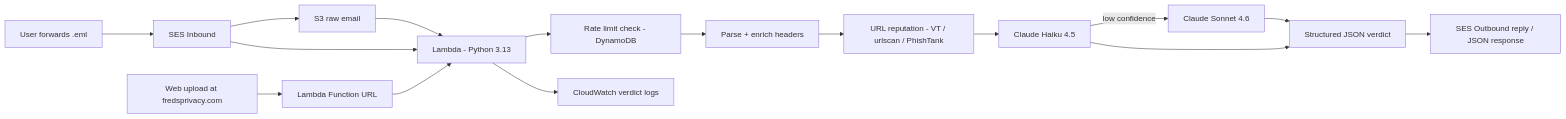
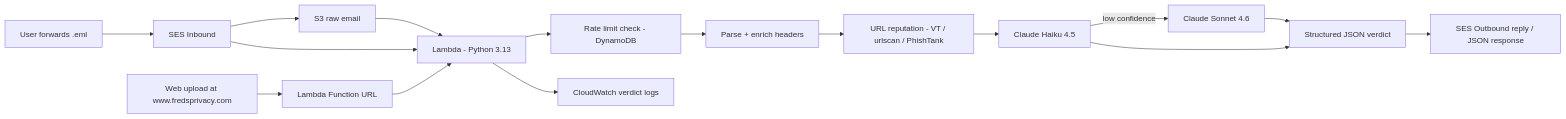
Before and after one commit to fredpord3/phish-analyzer: the diagram in README.md, drawn with Mermaid. The commit also changed other lines of this file, not shown here.

First line of the commit message:
Revise README for URL updates and retention policies

````diff
--- a/README.md
+++ b/README.md
@@ -9,18 +11,18 @@
 ```mermaid
 flowchart LR
     A[User forwards .eml] --> B[SES Inbound]
-    W[Web upload at fredsprivacy.com] --> U[Lambda Function URL]
+    W[Web upload at www.fredsprivacy.com] --> U[Lambda Function URL]
     B --> C[S3 raw email]
     B --> D[Lambda - Python 3.13]
     U --> D
     C --> D
     D --> R[Rate limit check - DynamoDB]
     R --> E[Parse + enrich headers]
     E --> T[URL reputation - VT / urlscan / PhishTank]
     T --> F[Claude Haiku 4.5]
     F -->|low confidence| F2[Claude Sonnet 4.6]
     F --> G[Structured JSON verdict]
     F2 --> G
     G --> H[SES Outbound reply / JSON response]
     D --> I[CloudWatch verdict logs]
 ```
````
